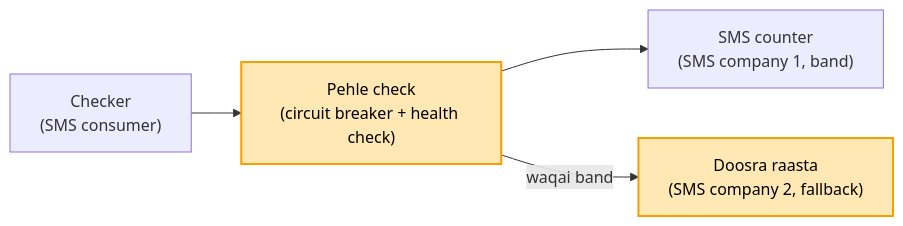
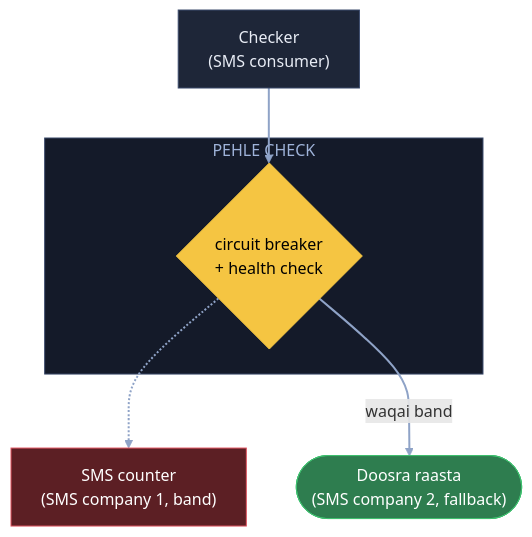
One commit to ArpanMaheshwari144/Prep changed the ninth of 10 diagrams in 04_HLD/SYSTEM_DESIGNS/12_message_queue_kafka/12_message_queue_kafka.md. Above: the diagram before and after it, drawn with Mermaid. The commit also changed other lines of this file, not shown here.

Commit message:
Kafka: 10 diagram YouTube (reel) wale card andaaz me

````diff
--- a/04_HLD/SYSTEM_DESIGNS/12_message_queue_kafka/12_message_queue_kafka.md
+++ b/04_HLD/SYSTEM_DESIGNS/12_message_queue_kafka/12_message_queue_kafka.md
@@ -207,8 +288,18 @@
 ```mermaid
-flowchart LR
-    C["Checker<br/>(SMS consumer)"] --> CB["Pehle check<br/>(circuit breaker + health check)"]
-    CB --> S1["SMS counter<br/>(SMS company 1, band)"]
-    CB -- "waqai band" --> S2["Doosra raasta<br/>(SMS company 2, fallback)"]
-    style CB fill:#ffe8b3,stroke:#f59f00,stroke-width:2px,color:#000
-    style S2 fill:#ffe8b3,stroke:#f59f00,stroke-width:2px,color:#000
+flowchart TB
+    C["Checker<br/>(SMS consumer)"]:::card
+    subgraph PC["PEHLE CHECK"]
+        CB{"circuit breaker<br/>+ health check"}:::pill
+    end
+    S1["SMS counter<br/>(SMS company 1, band)"]:::bad
+    S2(["Doosra raasta<br/>(SMS company 2, fallback)"]):::good
+    C --> CB
+    CB -.-> S1
+    CB -- "waqai band" --> S2
+    linkStyle default stroke:#8fa3c7,stroke-width:2px
+    classDef card fill:#1e2638,stroke:#3a4a6b,color:#e8ecf5
+    classDef pill fill:#f5c542,stroke:#f5c542,color:#000
+    classDef good fill:#2e7d4f,stroke:#3fbf6f,color:#fff
+    classDef bad fill:#5c1f24,stroke:#e05561,color:#fff
+    style PC fill:#141a29,stroke:#3a4a6b,color:#9fb3d9
 ```
````
